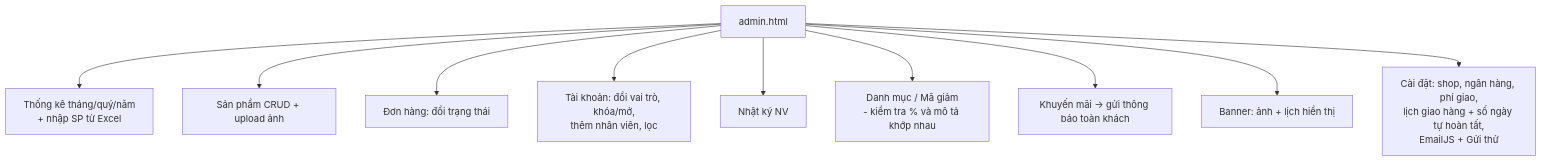
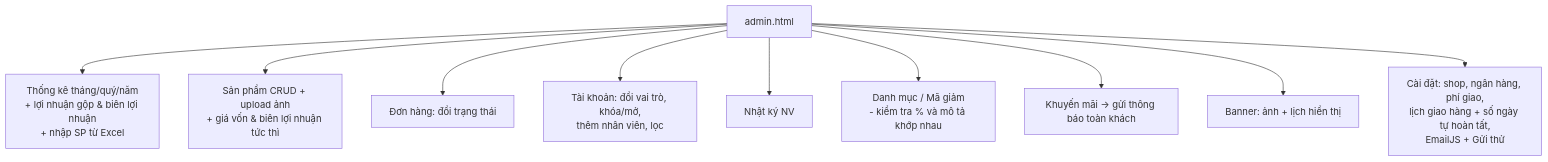
Diagram 19 of 28 in CHUC-NANG.md (phantahuuduc/sell-tree), drawn with Mermaid before and after one commit. The commit also changed other lines of this file and 12 other files, not shown here.

````diff
--- a/CHUC-NANG.md
+++ b/CHUC-NANG.md
@@ -266,12 +266,12 @@
 ```mermaid
 flowchart TD
-  A[admin.html] --> P1[Thống kê tháng/quý/năm<br/>+ nhập SP từ Excel]
-  A --> P2[Sản phẩm CRUD + upload ảnh]
+  A[admin.html] --> P1[Thống kê tháng/quý/năm<br/>+ lợi nhuận gộp & biên lợi nhuận<br/>+ nhập SP từ Excel]
+  A --> P2[Sản phẩm CRUD + upload ảnh<br/>+ giá vốn & biên lợi nhuận tức thì]
   A --> P3[Đơn hàng: đổi trạng thái]
   A --> P4[Tài khoản: đổi vai trò, khóa/mở,<br/>thêm nhân viên, lọc]
   A --> P5[Nhật ký NV]
   A --> P6[Danh mục / Mã giảm<br/>- kiểm tra % và mô tả khớp nhau]
   A --> P7[Khuyến mãi → gửi thông báo toàn khách]
   A --> P8[Banner: ảnh + lịch hiển thị]
   A --> P9[Cài đặt: shop, ngân hàng, phí giao,<br/>lịch giao hàng + số ngày tự hoàn tất,<br/>EmailJS + Gửi thử]
 ```
````
